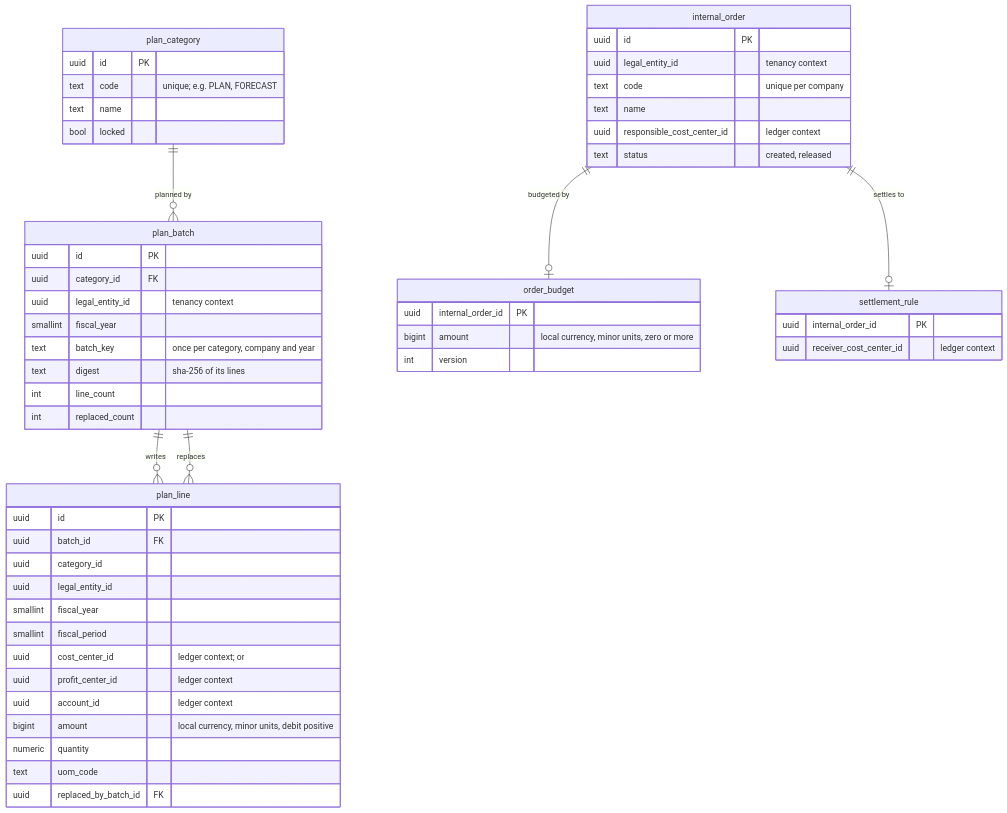
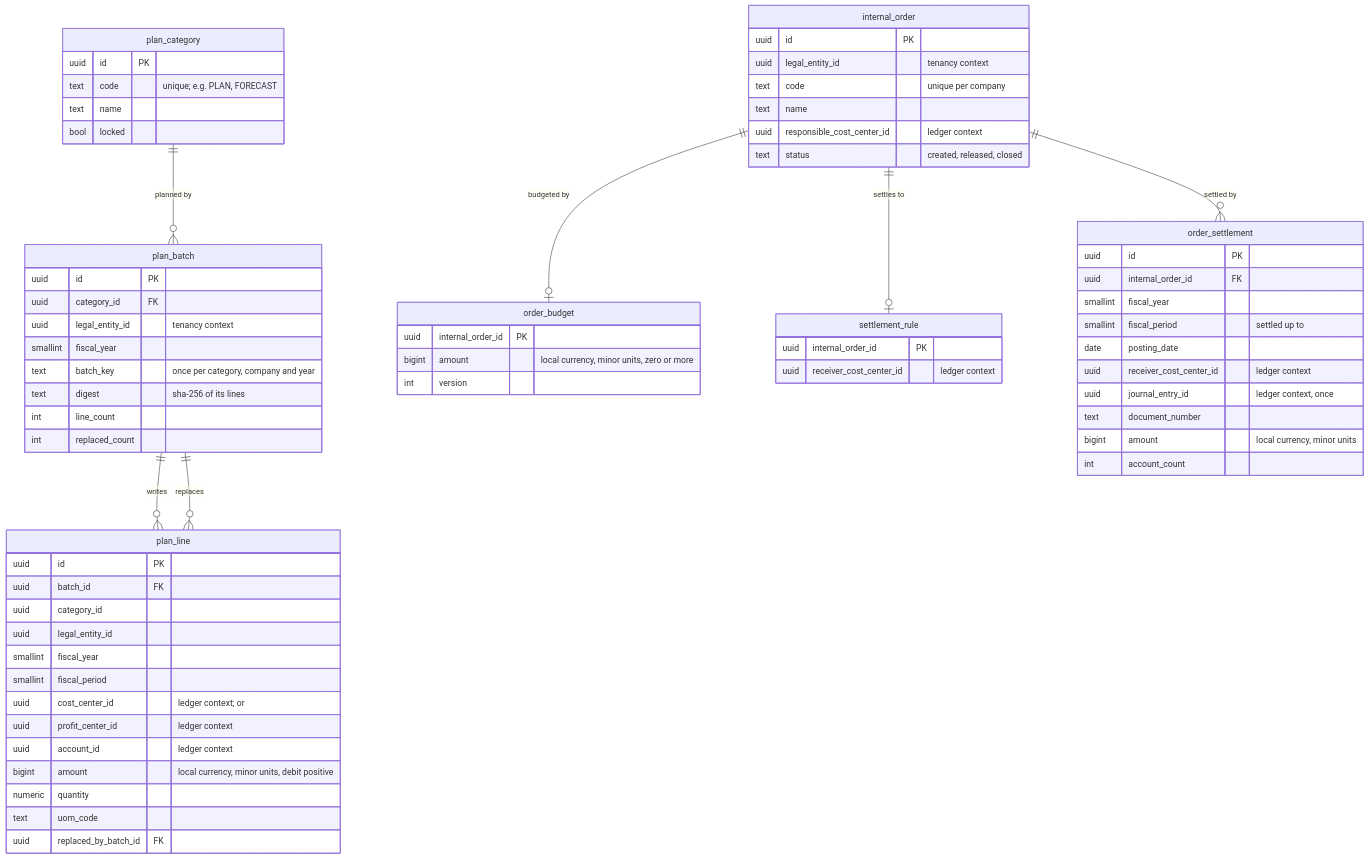
One commit to mustie7iy/agentic-erp changed diagram 11 of 14 in docs/design/03-data-model.md. Above: the diagram before and after it, drawn with Mermaid. The commit also changed other lines of this file and 45 other files, not shown here.

````diff
--- a/docs/design/03-data-model.md
+++ b/docs/design/03-data-model.md
@@ -3364,44 +3374,55 @@
 ```mermaid
 erDiagram
   plan_category ||--o{ plan_batch : "planned by"
   plan_batch ||--o{ plan_line : "writes"
   plan_batch ||--o{ plan_line : "replaces"
   plan_category { uuid id PK
     text code "unique; e.g. PLAN, FORECAST"
     text name
     bool locked }
   plan_batch { uuid id PK
     uuid category_id FK
     uuid legal_entity_id "tenancy context"
     smallint fiscal_year
     text batch_key "once per category, company and year"
     text digest "sha-256 of its lines"
     int line_count
     int replaced_count }
   plan_line { uuid id PK
     uuid batch_id FK
     uuid category_id
     uuid legal_entity_id
     smallint fiscal_year
     smallint fiscal_period
     uuid cost_center_id "ledger context; or"
     uuid profit_center_id "ledger context"
     uuid account_id "ledger context"
     bigint amount "local currency, minor units, debit positive"
     numeric quantity
     text uom_code
     uuid replaced_by_batch_id FK }
   internal_order { uuid id PK
     uuid legal_entity_id "tenancy context"
     text code "unique per company"
     text name
     uuid responsible_cost_center_id "ledger context"
-    text status "created, released" }
+    text status "created, released, closed" }
   internal_order ||--o| order_budget : "budgeted by"
   order_budget { uuid internal_order_id PK
     bigint amount "local currency, minor units, zero or more"
     int version }
   internal_order ||--o| settlement_rule : "settles to"
   settlement_rule { uuid internal_order_id PK
     uuid receiver_cost_center_id "ledger context" }
+  internal_order ||--o{ order_settlement : "settled by"
+  order_settlement { uuid id PK
+    uuid internal_order_id FK
+    smallint fiscal_year
+    smallint fiscal_period "settled up to"
+    date posting_date
+    uuid receiver_cost_center_id "ledger context"
+    uuid journal_entry_id "ledger context, once"
+    text document_number
+    bigint amount "local currency, minor units"
+    int account_count }
 ```
````
